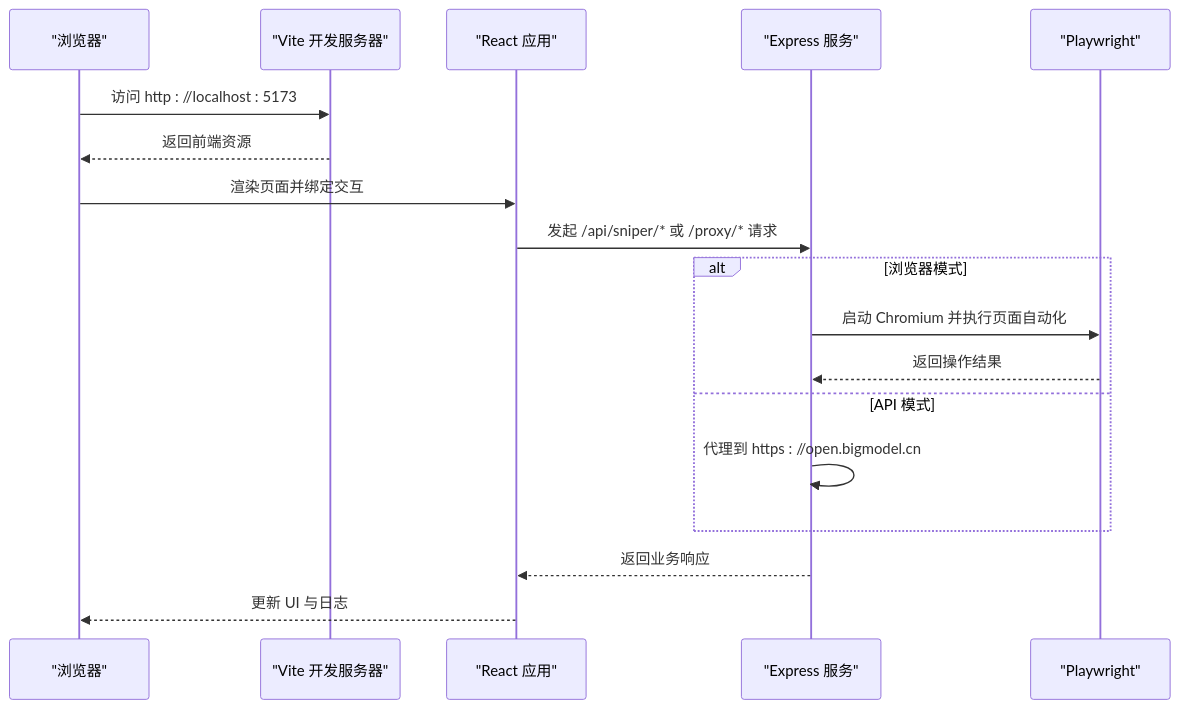
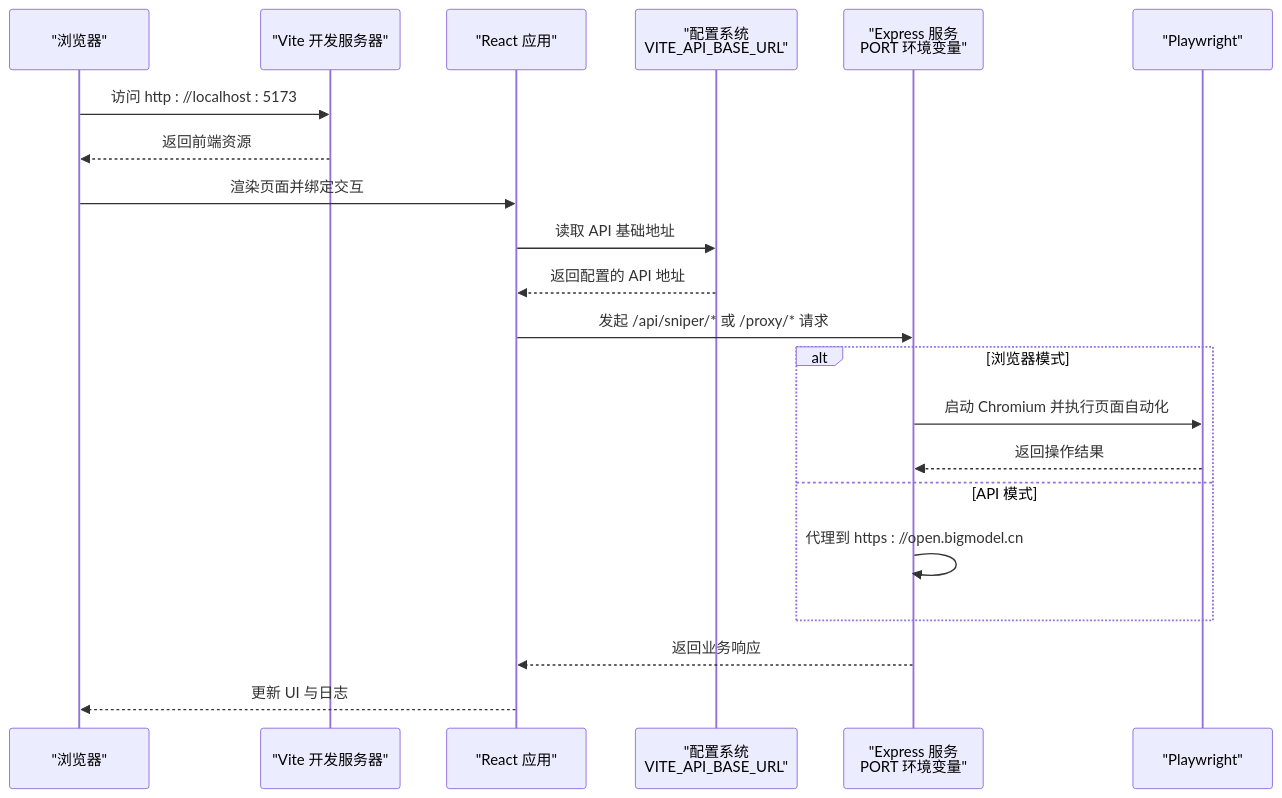
Before and after one commit to 16499259-oss/GLM-sniper: the second of 3 diagrams in .qoder/repowiki/zh/content/开发指南/环境搭建.md, drawn with Mermaid. The commit also changed other lines of this file and 9 other files, not shown here.

````diff
--- a/.qoder/repowiki/zh/content/开发指南/环境搭建.md
+++ b/.qoder/repowiki/zh/content/开发指南/环境搭建.md
@@ -98,20 +118,23 @@
 ```mermaid
 sequenceDiagram
 participant U as "浏览器"
 participant V as "Vite 开发服务器"
 participant R as "React 应用"
-participant S as "Express 服务"
+participant C as "配置系统<br/>VITE_API_BASE_URL"
+participant S as "Express 服务<br/>PORT 环境变量"
 participant P as "Playwright"
 U->>V : 访问 http : //localhost : 5173
 V-->>U : 返回前端资源
 U->>R : 渲染页面并绑定交互
+R->>C : 读取 API 基础地址
+C-->>R : 返回配置的 API 地址
 R->>S : 发起 /api/sniper/* 或 /proxy/* 请求
 alt 浏览器模式
 S->>P : 启动 Chromium 并执行页面自动化
 P-->>S : 返回操作结果
 else API 模式
 S->>S : 代理到 https : //open.bigmodel.cn
 end
 S-->>R : 返回业务响应
 R-->>U : 更新 UI 与日志
 ```
````
